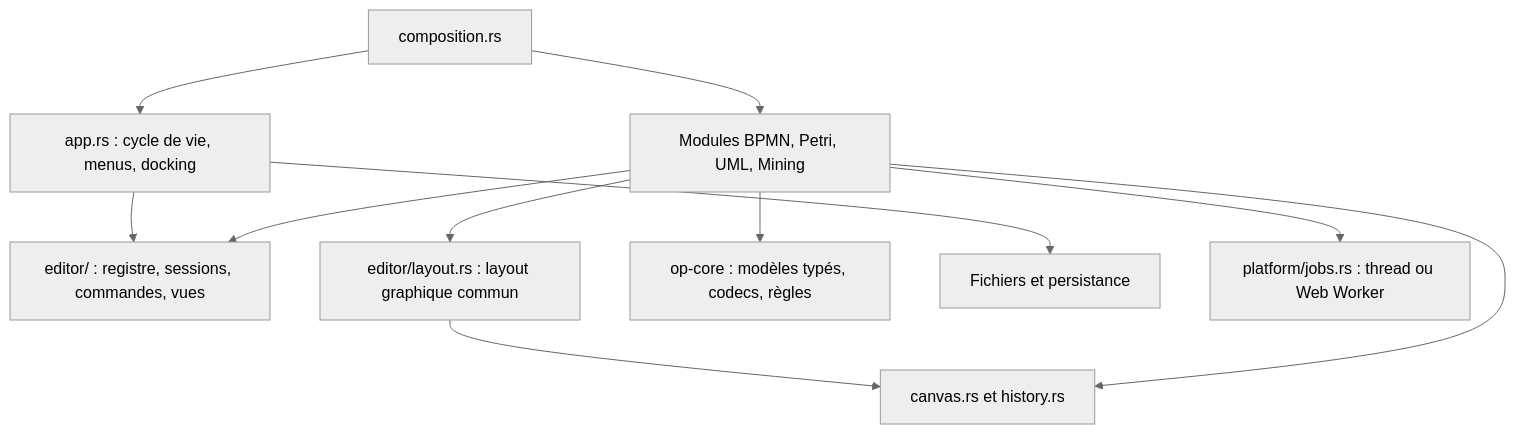
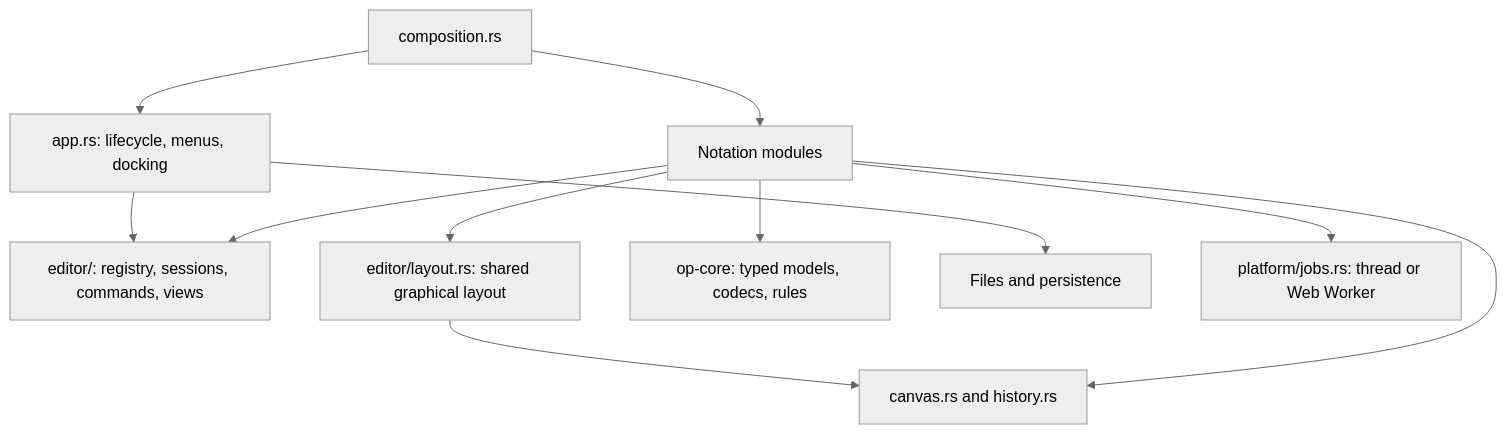
Before and after one commit to linventif/open-process: the diagram in docs/architecture-actuelle.md, drawn with Mermaid (neutral theme). The commit also changed other lines of this file and 20 other files, not shown here.

````diff
--- a/docs/architecture-actuelle.md
+++ b/docs/architecture-actuelle.md
@@ -15,13 +15,13 @@
 ```mermaid
 flowchart TD
-    Composition["composition.rs"] --> Modules["Modules BPMN, Petri, UML, Mining"]
-    Composition --> Shell["app.rs : cycle de vie, menus, docking"]
-    Shell --> Contracts["editor/ : registre, sessions, commandes, vues"]
+    Composition["composition.rs"] --> Modules["Notation modules"]
+    Composition --> Shell["app.rs: lifecycle, menus, docking"]
+    Shell --> Contracts["editor/: registry, sessions, commands, views"]
     Modules --> Contracts
-    Modules --> Layout["editor/layout.rs : layout graphique commun"]
-    Layout --> Canvas["canvas.rs et history.rs"]
+    Modules --> Layout["editor/layout.rs: shared graphical layout"]
+    Layout --> Canvas["canvas.rs and history.rs"]
     Modules --> Canvas
-    Modules --> Core["op-core : modèles typés, codecs, règles"]
-    Shell --> Platform["Fichiers et persistance"]
-    Modules --> Jobs["platform/jobs.rs : thread ou Web Worker"]
+    Modules --> Core["op-core: typed models, codecs, rules"]
+    Shell --> Platform["Files and persistence"]
+    Modules --> Jobs["platform/jobs.rs: thread or Web Worker"]
 ```
````
